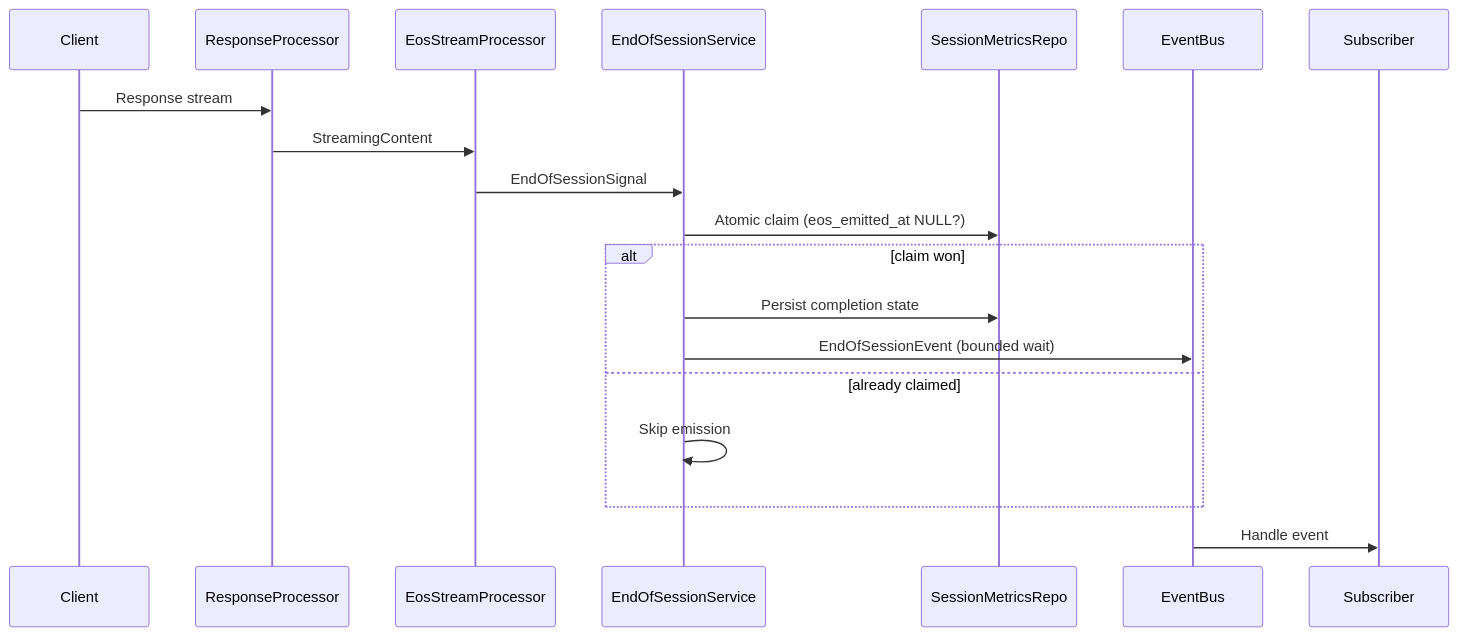
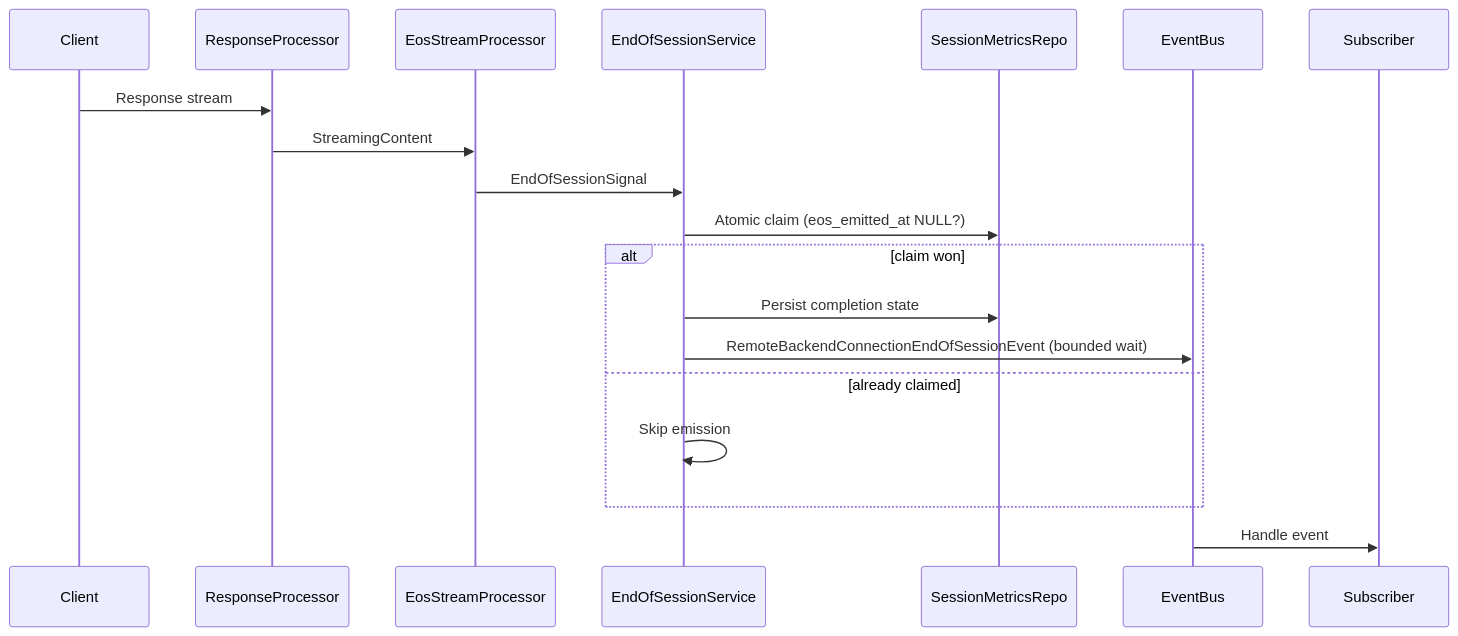
One commit to matdev83/llm-interactive-proxy changed the second of 2 diagrams in .kiro/specs/end-of-session-events/design.md. Above: the diagram before and after it, drawn with Mermaid. The commit also changed other lines of this file and 3 other files, not shown here.

````diff
--- a/.kiro/specs/end-of-session-events/design.md
+++ b/.kiro/specs/end-of-session-events/design.md
@@ -68,22 +72,22 @@
 ```mermaid
 sequenceDiagram
     participant Client
     participant ResponseProcessor
     participant EosStreamProcessor
     participant EndOfSessionService
     participant SessionMetricsRepo
     participant EventBus
     participant Subscriber
 
     Client ->> ResponseProcessor: Response stream
     ResponseProcessor ->> EosStreamProcessor: StreamingContent
     EosStreamProcessor ->> EndOfSessionService: EndOfSessionSignal
     EndOfSessionService ->> SessionMetricsRepo: Atomic claim (eos_emitted_at NULL?)
     alt claim won
         EndOfSessionService ->> SessionMetricsRepo: Persist completion state
-        EndOfSessionService ->> EventBus: EndOfSessionEvent (bounded wait)
+        EndOfSessionService ->> EventBus: RemoteBackendConnectionEndOfSessionEvent (bounded wait)
     else already claimed
         EndOfSessionService ->> EndOfSessionService: Skip emission
     end
     EventBus ->> Subscriber: Handle event
 ```
````
